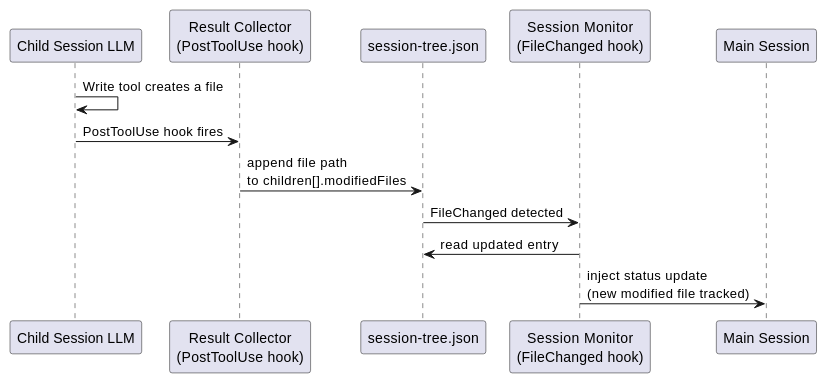
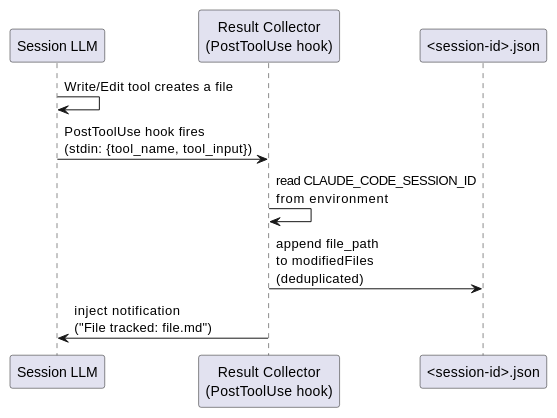
Before and after one commit to studykit/studykit-marketplace: the fifth of 8 diagrams in A4/co-think/2026-03-29-2100-agent-orchestrator.architecture.md, drawn with PlantUML. The commit also changed other lines of this file and 6 other files, not shown here.

````diff
--- a/A4/co-think/2026-03-29-2100-agent-orchestrator.architecture.md
+++ b/A4/co-think/2026-03-29-2100-agent-orchestrator.architecture.md
@@ -168,16 +194,13 @@
 ```plantuml
 @startuml
-participant "Child Session LLM" as CS
+participant "Session LLM" as CS
 participant "Result Collector\n(PostToolUse hook)" as RC
-participant "session-tree.json" as ST
-participant "Session Monitor\n(FileChanged hook)" as MO
-participant "Main Session" as MS
+participant "<session-id>.json" as SCR
 
-CS -> CS : Write tool creates a file
-CS -> RC : PostToolUse hook fires
-RC -> ST : append file path\nto children[].modifiedFiles
-ST -> MO : FileChanged detected
-MO -> ST : read updated entry
-MO -> MS : inject status update\n(new modified file tracked)
+CS -> CS : Write/Edit tool creates a file
+CS -> RC : PostToolUse hook fires\n(stdin: {tool_name, tool_input})
+RC -> RC : read CLAUDE_CODE_SESSION_ID\nfrom environment
+RC -> SCR : append file_path\nto modifiedFiles\n(deduplicated)
+RC -> CS : inject notification\n("File tracked: file.md")
 @enduml
 ```
````
